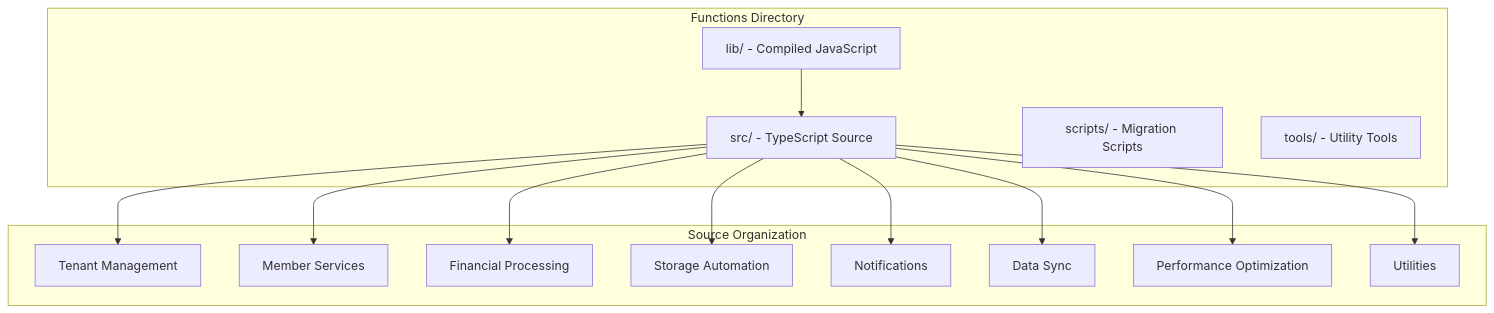
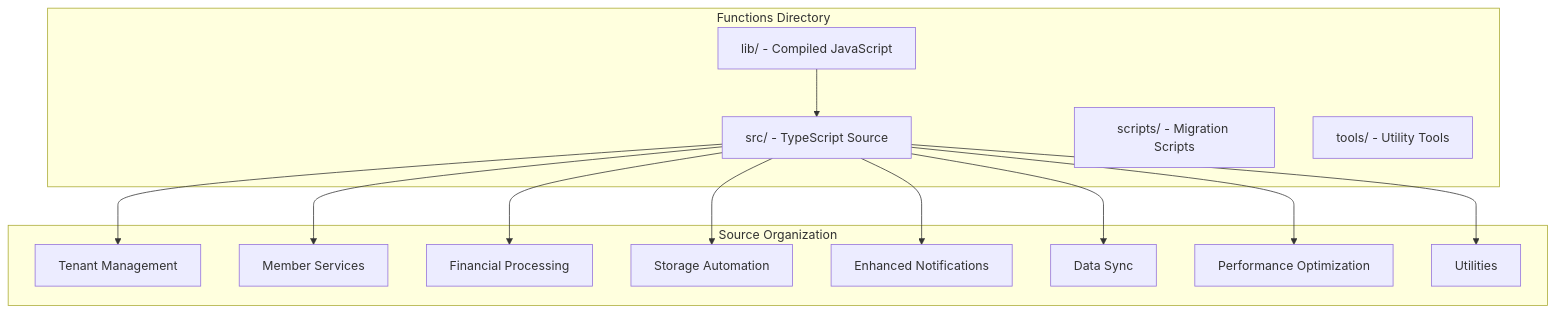
One commit to raihom-netizen/com.gestaoyahwehios.app changed the first of 16 diagrams in .qoder/repowiki/en/content/Cloud Functions & Backend Services/Cloud Functions & Backend Services.md. Above: the diagram before and after it, drawn with Mermaid. The commit also changed other lines of this file and 161 other files, not shown here.

````diff
--- a/.qoder/repowiki/en/content/Cloud Functions & Backend Services/Cloud Functions & Backend Services.md
+++ b/.qoder/repowiki/en/content/Cloud Functions & Backend Services/Cloud Functions & Backend Services.md
@@ -67,28 +71,28 @@
 ```mermaid
 graph TB
 subgraph "Functions Directory"
 src["src/ - TypeScript Source"]
 lib["lib/ - Compiled JavaScript"]
 scripts["scripts/ - Migration Scripts"]
 tools["tools/ - Utility Tools"]
 end
 subgraph "Source Organization"
 tenant["Tenant Management"]
 members["Member Services"]
 finance["Financial Processing"]
 storage["Storage Automation"]
-notifications["Notifications"]
+notifications["Enhanced Notifications"]
 sync["Data Sync"]
 performance["Performance Optimization"]
 utils["Utilities"]
 end
 src --> tenant
 src --> members
 src --> finance
 src --> storage
 src --> notifications
 src --> sync
 src --> performance
 src --> utils
 lib --> src
 ```
````
